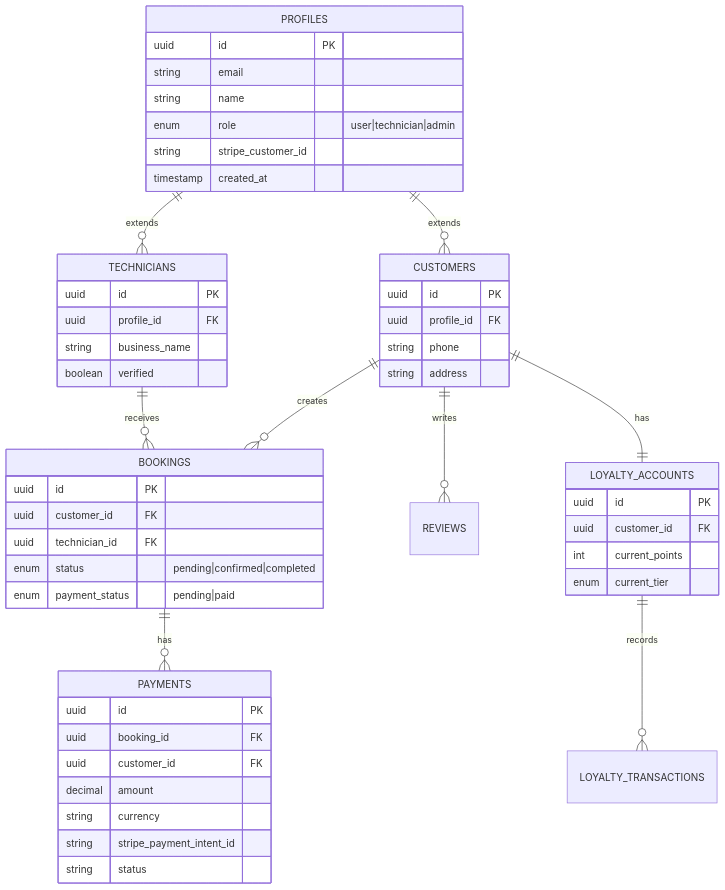
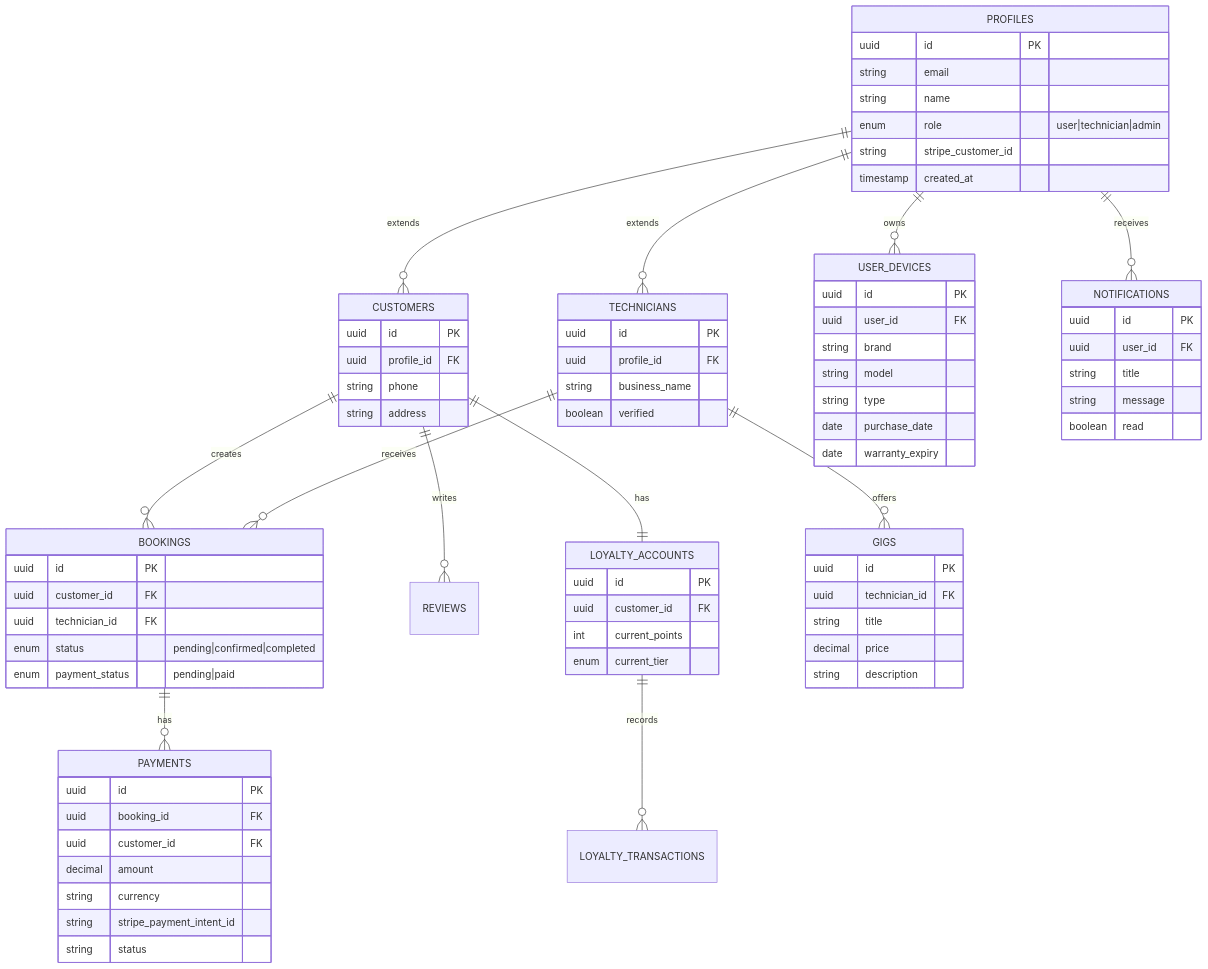
One commit to Wenura17125/Tech-Care_official changed the third of 14 diagrams in README.md. Above: the diagram before and after it, drawn with Mermaid. The commit also changed other lines of this file and 17 other files, not shown here.

Commit message:
Final polish: Fix UI bugs, add diagrams, update README

````diff
--- a/README.md
+++ b/README.md
@@ -427,4 +427,33 @@
         int current_points
         enum current_tier
     }
+
+    PROFILES ||--o{ USER_DEVICES : "owns"
+    USER_DEVICES {
+        uuid id PK
+        uuid user_id FK
+        string brand
+        string model
+        string type
+        date purchase_date
+        date warranty_expiry
+    }
+
+    TECHNICIANS ||--o{ GIGS : "offers"
+    GIGS {
+        uuid id PK
+        uuid technician_id FK
+        string title
+        decimal price
+        string description
+    }
+
+    PROFILES ||--o{ NOTIFICATIONS : "receives"
+    NOTIFICATIONS {
+        uuid id PK
+        uuid user_id FK
+        string title
+        string message
+        boolean read
+    }
 ```
````
